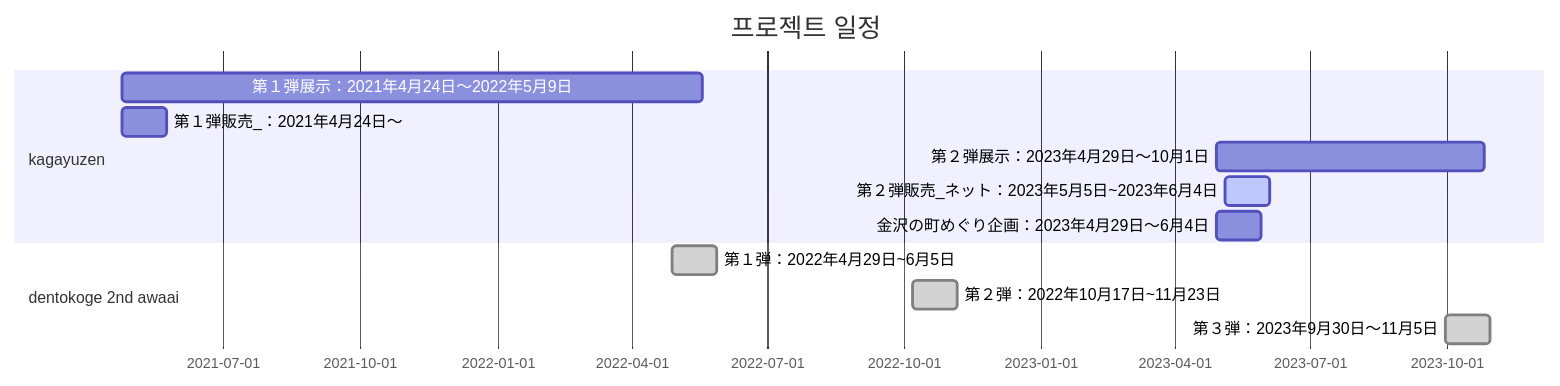
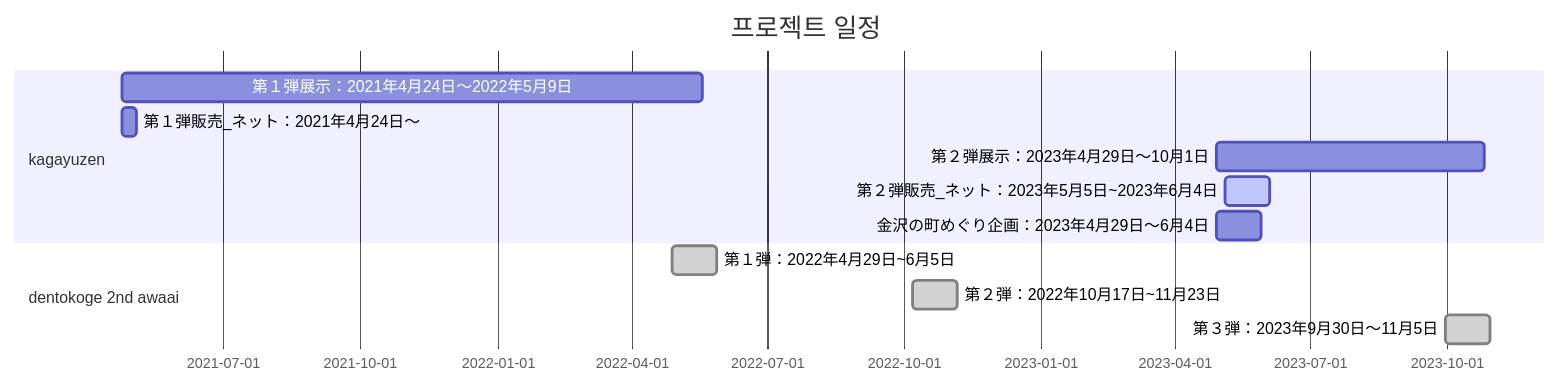
One commit to JihongNMI/SQL-and-Java changed the diagram in 정리_세계시간.md. Above: the diagram before and after it, drawn with Mermaid. The commit also changed other lines of this file, not shown here.

````diff
--- a/정리_세계시간.md
+++ b/정리_세계시간.md
@@ -1,19 +1,19 @@
 ```mermaid
 gantt
     title 프로젝트 일정
     dateFormat  YYYY-MM-DD
 
     section kagayuzen
     第１弾展示：2021年4月24日～2022年5月9日    :    2021-04-24, 390d
-    第１弾販売_：2021年4月24日～    :    2021-04-24, 30d
+    第１弾販売_ネット：2021年4月24日～    :    2021-04-24, 10d
     
     第２弾展示：2023年4月29日～10月1日    :    2023-04-29, 180d
     第２弾販売_ネット：2023年5月5日~2023年6月4日    :    active, 2023-05-05, 30d
     金沢の町めぐり企画：2023年4月29日～6月4日    :    2023-04-29, 30d
 
     section dentokoge 2nd awaai
     第１弾：2022年4月29日~6月5日    :done,    2022-04-29, 30d
     第２弾：2022年10月17日~11月23日    :done,    2022-10-07, 30d
     第３弾：2023年9月30日～11月5日    :done,    2023-09-30, 30d
 
 ```
````
